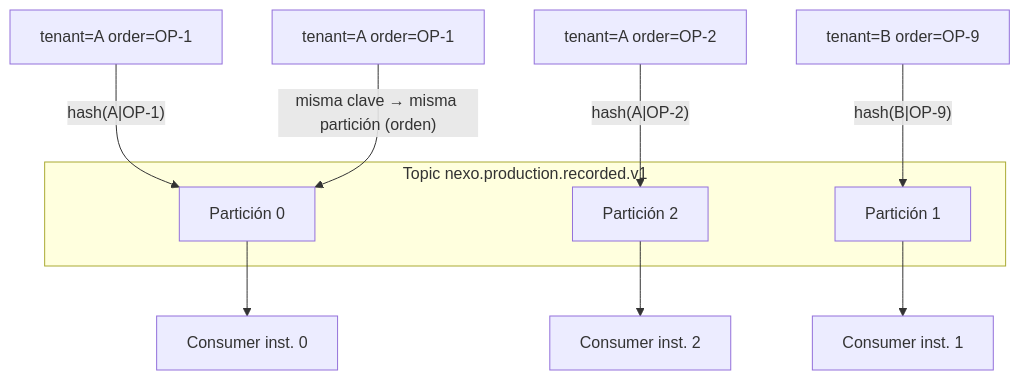
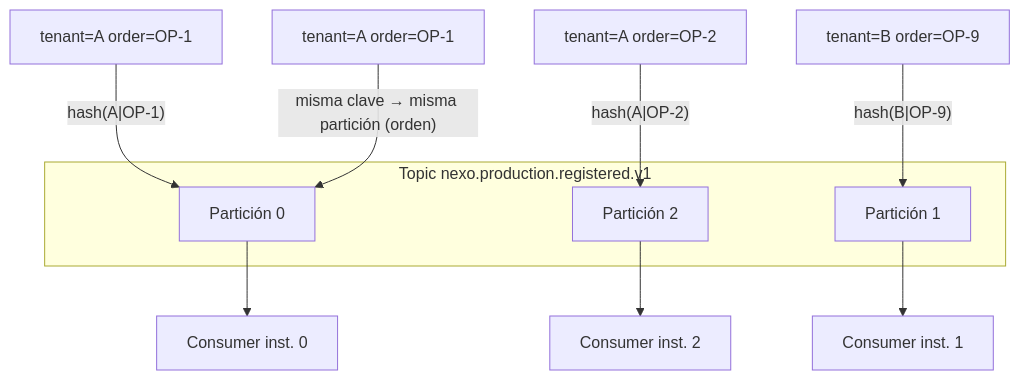
The third of 5 diagrams in design/02-event-model.md (buttiepedro/mes), drawn with Mermaid before and after one commit. The commit also changed other lines of this file and 93 other files, not shown here.

````diff
--- a/design/02-event-model.md
+++ b/design/02-event-model.md
@@ -343,15 +343,15 @@
 ```mermaid
 flowchart TB
-    subgraph T["Topic nexo.production.recorded.v1"]
+    subgraph T["Topic nexo.production.registered.v1"]
         P0["Partición 0"]
         P1["Partición 1"]
         P2["Partición 2"]
     end
     E1["tenant=A order=OP-1"] -->|"hash(A|OP-1)"| P0
     E2["tenant=A order=OP-1"] -->|"misma clave → misma partición (orden)"| P0
     E3["tenant=A order=OP-2"] -->|"hash(A|OP-2)"| P2
     E4["tenant=B order=OP-9"] -->|"hash(B|OP-9)"| P1
     P0 --> C0["Consumer inst. 0"]
     P1 --> C1["Consumer inst. 1"]
     P2 --> C2["Consumer inst. 2"]
 ```
````
